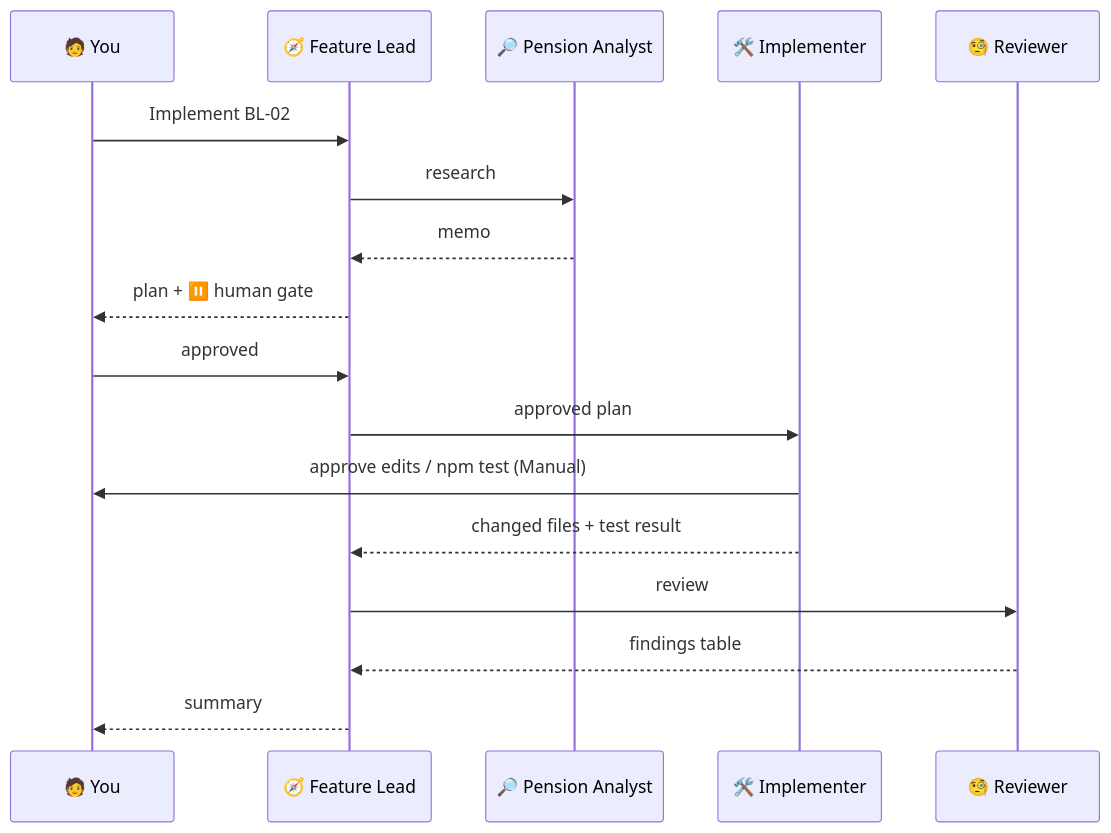
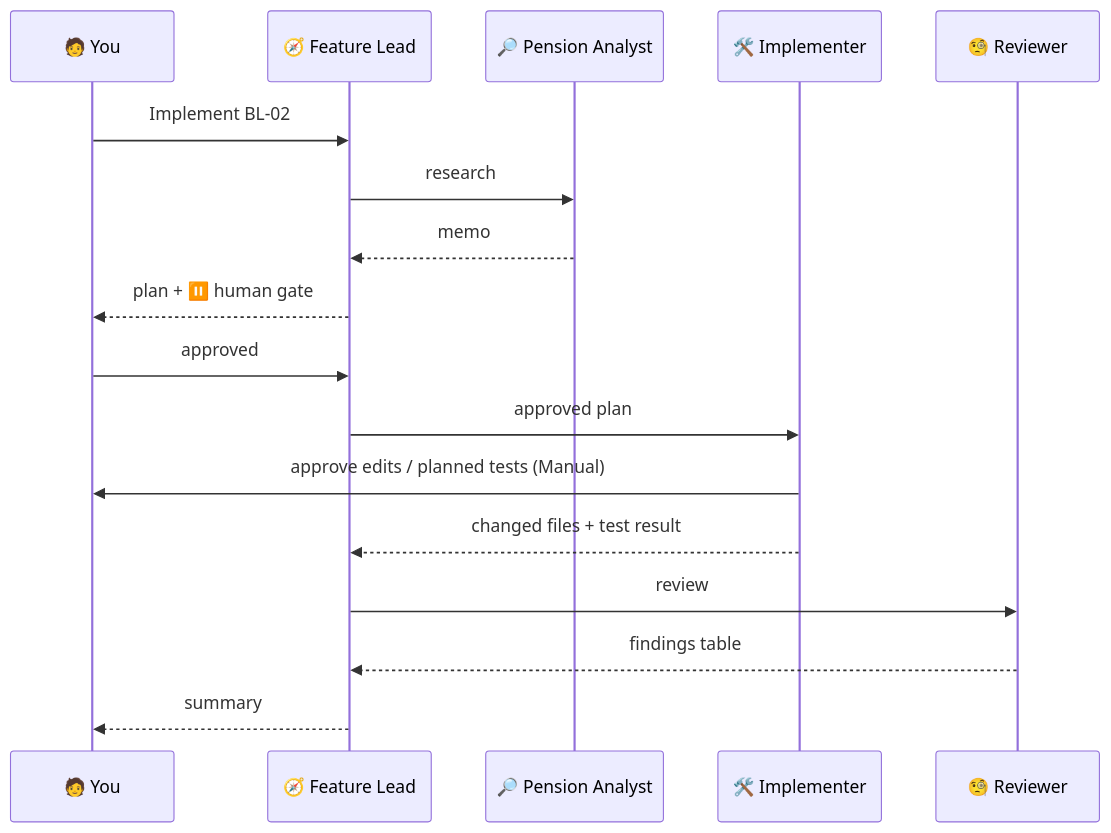
One commit to Sander-PGGM/sanders-copilot-advanced changed the fifth of 5 diagrams in labs/a2-multi-agent-systems/README.md. Above: the diagram before and after it, drawn with Mermaid. The commit also changed other lines of this file and 6 other files, not shown here.

````diff
--- a/labs/a2-multi-agent-systems/README.md
+++ b/labs/a2-multi-agent-systems/README.md
@@ -355,19 +364,19 @@
 ```mermaid
 sequenceDiagram
     participant H as 🧑 You
     participant L as 🧭 Feature Lead
     participant A as 🔎 Pension Analyst
     participant I as 🛠️ Implementer
     participant R as 🧐 Reviewer
     H->>L: Implement BL-02
     L->>A: research
     A-->>L: memo
     L-->>H: plan + ⏸️ human gate
     H->>L: approved
     L->>I: approved plan
-    I->>H: approve edits / npm test (Manual)
+    I->>H: approve edits / planned tests (Manual)
     I-->>L: changed files + test result
     L->>R: review
     R-->>L: findings table
     L-->>H: summary
 ```
````
